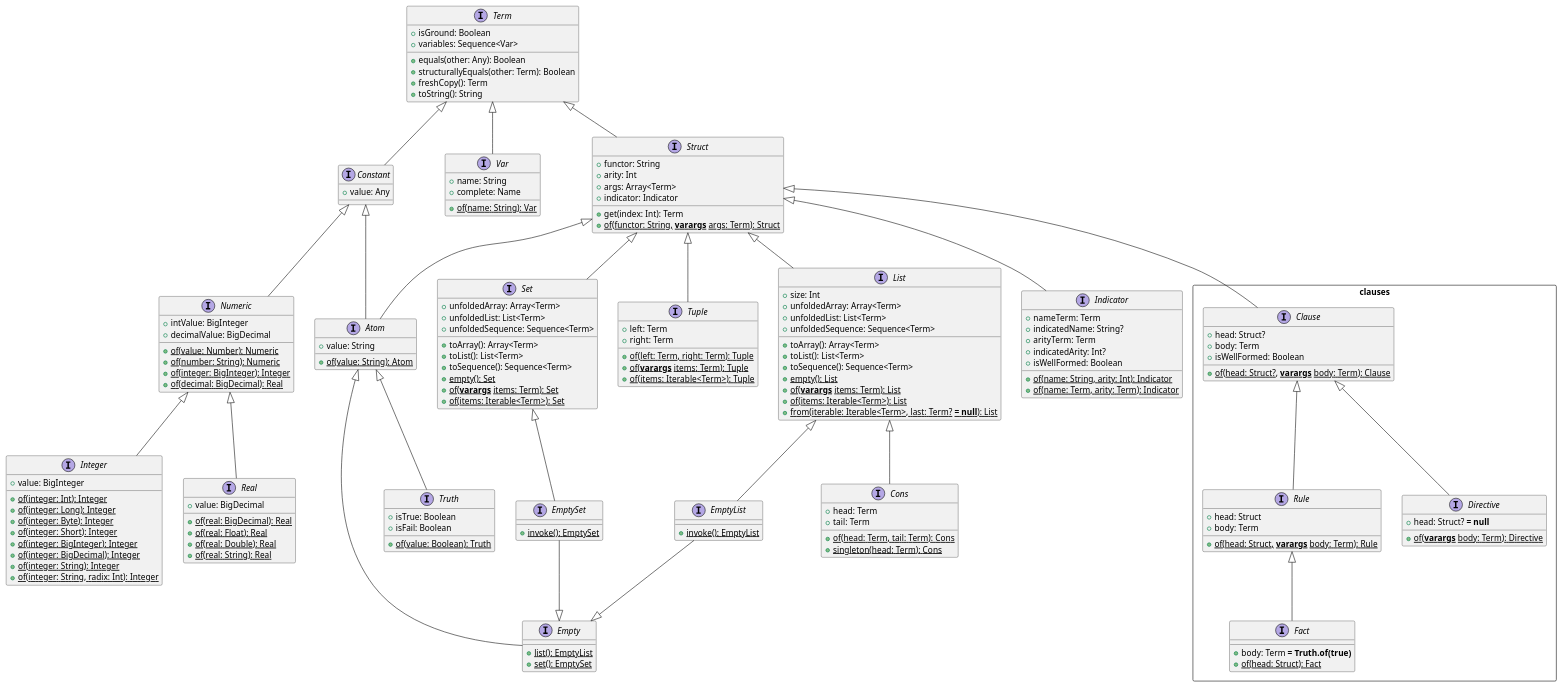
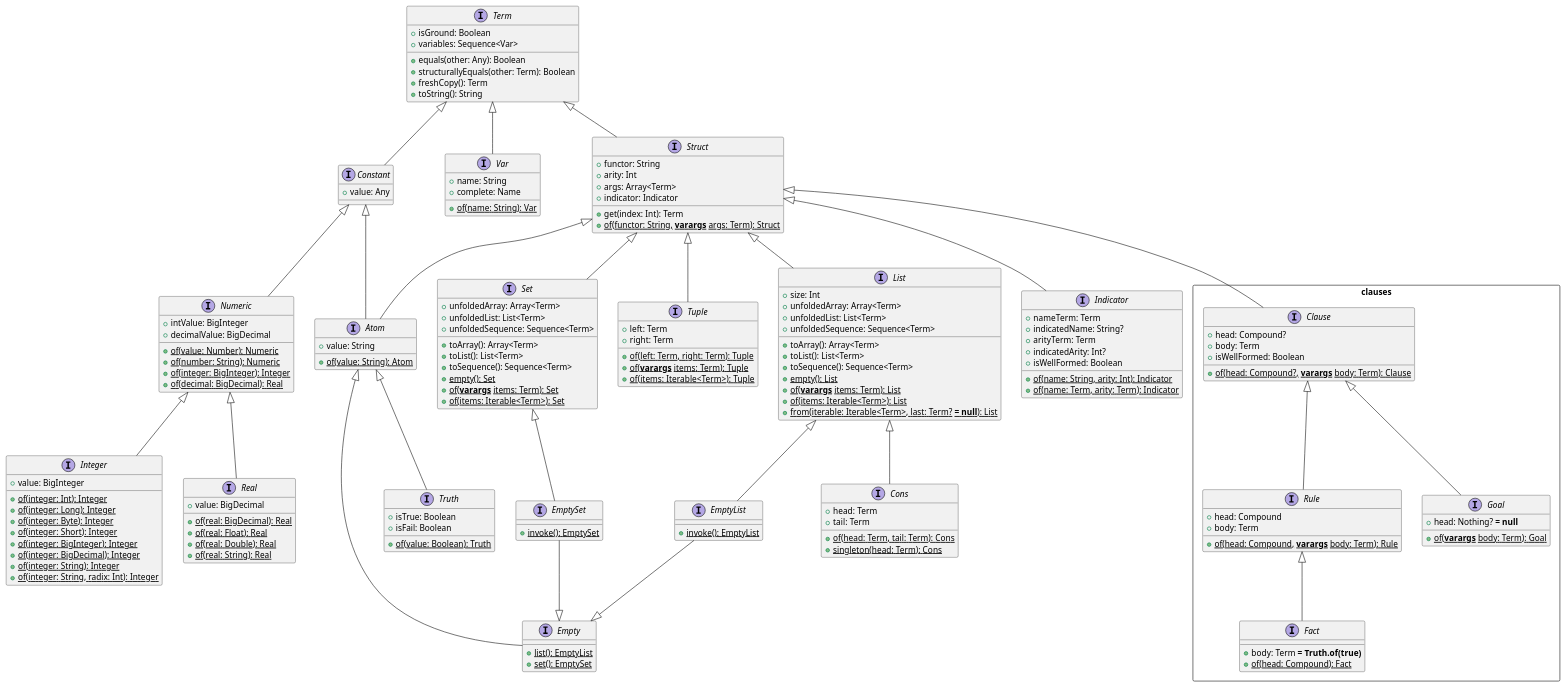
One commit to tuProlog/2p-kt changed the diagram in documentation/diagrams/terms.puml. Above: the diagram before and after it, drawn with PlantUML. The commit also changed 9 other files, not shown here.

```diff
--- a/documentation/diagrams/terms.puml
+++ b/documentation/diagrams/terms.puml
@@ -1,173 +1,173 @@
 @startuml
 skinparam shadowing false
 
 interface Term {
   + isGround: Boolean
   + variables: Sequence<Var>
   + equals(other: Any): Boolean
   + structurallyEquals(other: Term): Boolean
   + freshCopy(): Term
   + toString(): String
 }
 interface Constant {
   + value: Any
 }
 interface Var {
   + name: String
   + complete: Name
   + {static} of(name: String): Var
 }
 interface Struct {
   + functor: String
   + arity: Int
   + args: Array<Term>
   + indicator: Indicator
   + get(index: Int): Term
   + {static} of(functor: String, **varargs** args: Term): Struct
 }
 interface Numeric {
   + intValue: BigInteger
   + decimalValue: BigDecimal
   + {static} of(value: Number): Numeric
   + {static} of(number: String): Numeric
   + {static} of(integer: BigInteger): Integer
   + {static} of(decimal: BigDecimal): Real
 }
 interface Integer {
   + value: BigInteger
   + {static} of(integer: Int): Integer
   + {static} of(integer: Long): Integer
   + {static} of(integer: Byte): Integer
   + {static} of(integer: Short): Integer
   + {static} of(integer: BigInteger): Integer
   + {static} of(integer: BigDecimal): Integer
   + {static} of(integer: String): Integer
   + {static} of(integer: String, radix: Int): Integer
 }
 interface Real {
   + value: BigDecimal
   + {static} of(real: BigDecimal): Real
   + {static} of(real: Float): Real
   + {static} of(real: Double): Real
   + {static} of(real: String): Real
 }
 interface Atom {
   + value: String
   + {static} of(value: String): Atom
 }
 interface Truth {
   + isTrue: Boolean
   + isFail: Boolean
   + {static} of(value: Boolean): Truth
 }
 interface Indicator {
   + nameTerm: Term
   + indicatedName: String?
   + arityTerm: Term
   + indicatedArity: Int?
   + isWellFormed: Boolean
   + {static} of(name: String, arity: Int): Indicator
   + {static} of(name: Term, arity: Term): Indicator
 }
 interface Empty {
   + {static} list(): EmptyList
   + {static} set(): EmptySet
 }
 interface EmptySet {
   + {static} invoke(): EmptySet
 }
 interface EmptyList {
   + {static} invoke(): EmptyList
 }
 interface List {
   + size: Int
   + unfoldedArray: Array<Term>
   + unfoldedList: List<Term>
   + unfoldedSequence: Sequence<Term>
   + toArray(): Array<Term>
   + toList(): List<Term>
   + toSequence(): Sequence<Term>
   + {static} empty(): List
   + {static} of(**varargs** items: Term): List
   + {static} of(items: Iterable<Term>): List
   + {static} from(iterable: Iterable<Term>, last: Term? **= null**): List
 }
 interface Cons {
   + head: Term
   + tail: Term
   + {static} of(head: Term, tail: Term): Cons
   + {static} singleton(head: Term): Cons
 }
 interface Set {
   + unfoldedArray: Array<Term>
   + unfoldedList: List<Term>
   + unfoldedSequence: Sequence<Term>
   + toArray(): Array<Term>
   + toList(): List<Term>
   + toSequence(): Sequence<Term>
   + {static} empty(): Set
   + {static} of(**varargs** items: Term): Set
   + {static} of(items: Iterable<Term>): Set
 }
 interface Tuple {
   + left: Term
   + right: Term
   + {static} of(left: Term, right: Term): Tuple
   + {static} of(**varargs** items: Term): Tuple
   + {static} of(items: Iterable<Term>): Tuple
 }
 
 Term <|-down- Struct
 Term <|-down- Constant
 Term <|-down- Var
 
 Constant <|-down- Numeric
 Constant <|-down- Atom
 
 Numeric <|-down- Real
 Numeric <|-down- Integer
 
 Struct <|-down- Atom
 Struct <|-down- List
 Struct <|-down- Tuple
 Struct <|-down- Set
 Struct <|-down- Indicator
 
 Atom <|-down- Truth
 Atom <|-down- Empty
 
 Empty <|-up- EmptyList
 Empty <|-up- EmptySet
 
 List <|-down- EmptyList
 List <|-down- Cons
 Set <|-down- EmptySet
 
 package clauses <<Rectangle>> {
 
     interface Clause {
-      + head: Struct?
+      + head: Compound?
       + body: Term
       + isWellFormed: Boolean
-      + {static} of(head: Struct?, **varargs** body: Term): Clause
+      + {static} of(head: Compound?, **varargs** body: Term): Clause
     }
     interface Rule {
-      + head: Struct
+      + head: Compound
       + body: Term
-      + {static} of(head: Struct, **varargs** body: Term): Rule
+      + {static} of(head: Compound, **varargs** body: Term): Rule
     }
-    interface Directive {
-      + head: Struct? **= null**
-      + {static} of(**varargs** body: Term): Directive
+    interface Goal {
+      + head: Nothing? **= null**
+      + {static} of(**varargs** body: Term): Goal
     }
     interface Fact {
       + body: Term **= Truth.of(true)**
-      + {static} of(head: Struct): Fact
+      + {static} of(head: Compound): Fact
     }
     Struct <|-down- Clause
     Clause <|-down- Rule
-    Clause <|-down- Directive
+    Clause <|-down- Goal
     Rule <|-down- Fact
 
 }
 @enduml
```
